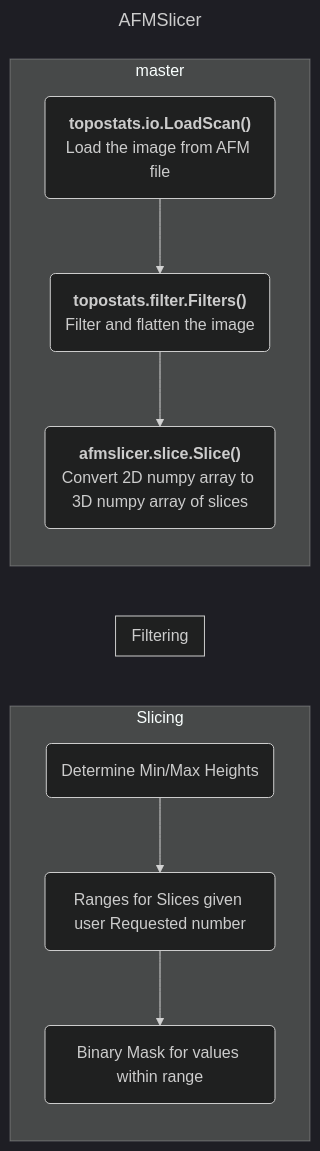
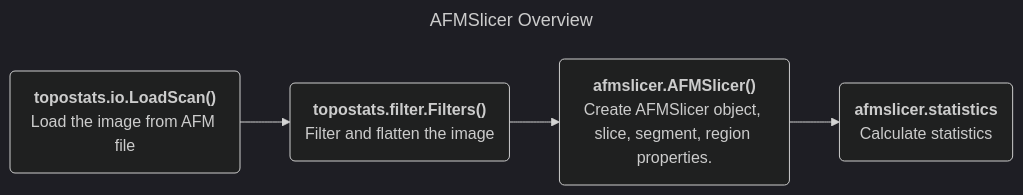
The first of 2 diagrams in docs/workflow.md (AFM-SPM/AFMSlicer), drawn with Mermaid before and after one commit. The commit also changed other lines of this file, not shown here.

````diff
--- a/docs/workflow.md
+++ b/docs/workflow.md
@@ -6,38 +6,27 @@
 ```mermaid
 ---
-title: AFMSlicer
+title: AFMSlicer Overview
 config:
   theme: 'dark'
 ---
-flowchart RL
+flowchart LR
 
 LoadScan("`**topostats.io.LoadScan()**
            Load the image from AFM file`")
 Filter("`**topostats.filter.Filters()**
-         Filter and flatten the image`")
-AFMSlicer("`**afmslicer.slice.Slice()**
-            Convert 2D numpy array to 3D numpy array of slices`")
-MinMaxHeights("`Determine Min/Max Heights`")
-SliceRanges("`Ranges for Slices given user Requested number`")
-BinaryMask("`Binary Mask for values within range`")
+           Filter and flatten the image`")
+AFMSlicer("`**afmslicer.AFMSlicer()**
+           Create AFMSlicer object, slice, segment, region properties.`")
+Stats("`**afmslicer.statistics**
+           Calculate statistics`")
 
-subgraph Slicing
-   MinMaxHeights --> SliceRanges
-   SliceRanges --> BinaryMask
-end
-
-subgraph Filtering
-end
-
-
-subgraph master
-    LoadScan --> Filter
-    Filter --> AFMSlicer
-end
-
+LoadScan --> Filter
+Filter --> AFMSlicer
+AFMSlicer --> Stats
 
 %%style LoadScan fill:#f2e88c,stroke:#000000
-%%style Filter fill:#9ddbd7,stroke:#000000
+%%style Filtering fill:#9ddbd7,stroke:#000000
 %%style AFMSlicer fill:#f4a666,stroke:#000000
+%%style Stats fill:#f4a666,stroke:#000000
 
 ```
````
